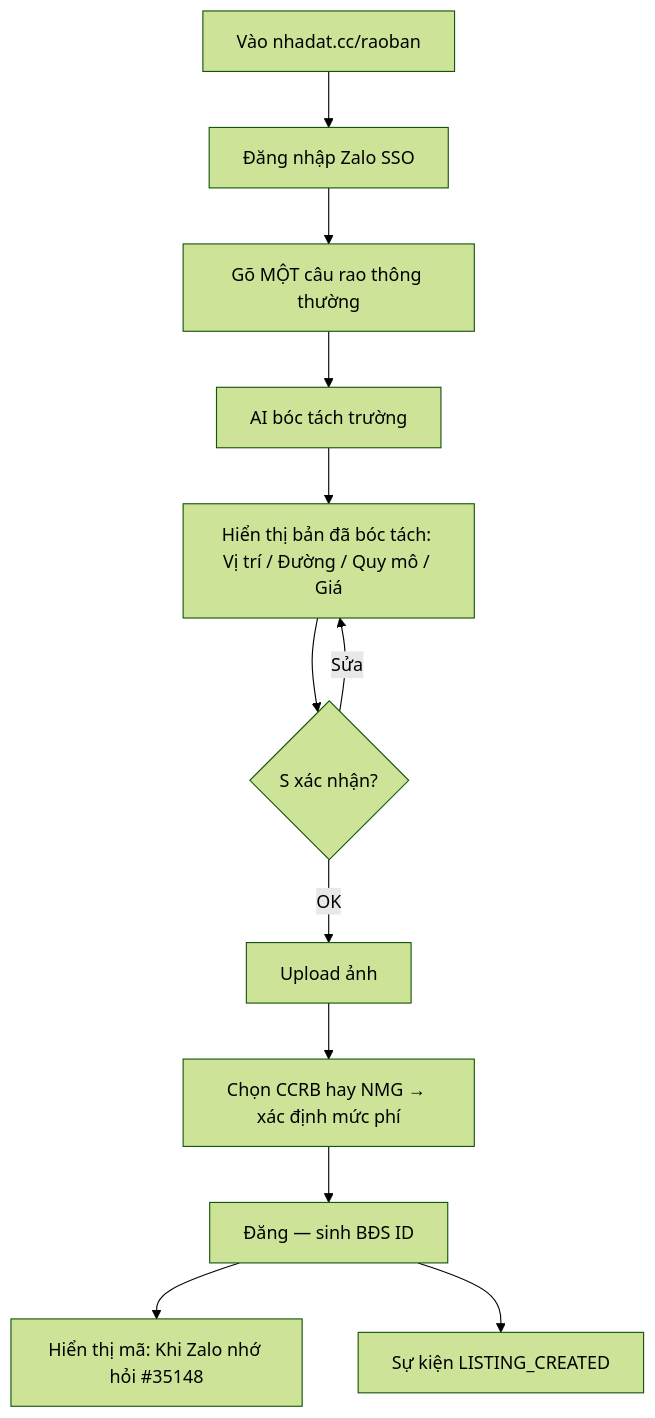
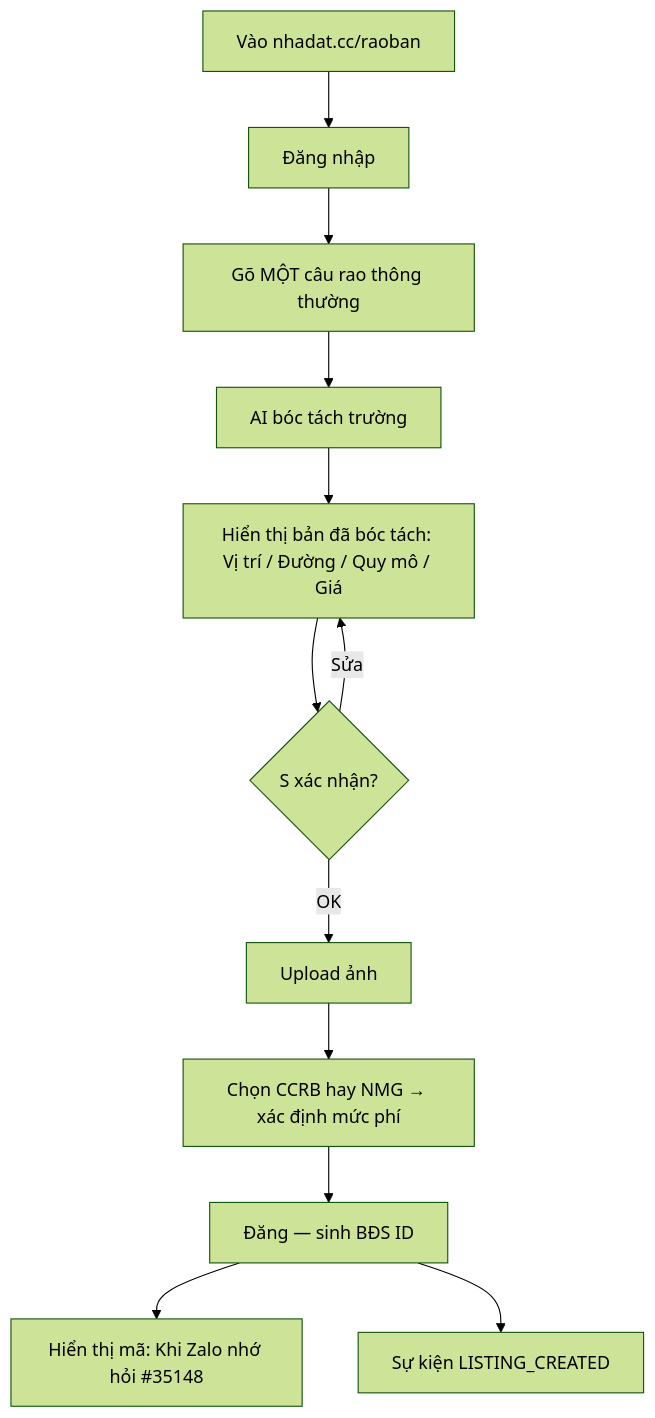
Before and after one commit to quang507/Nhadat.cc: the sixth of 7 diagrams in docs/03-user-flows.md, drawn with Mermaid (forest theme). The commit also changed other lines of this file and 84 other files, not shown here.

````diff
--- a/docs/03-user-flows.md
+++ b/docs/03-user-flows.md
@@ -235,14 +218,14 @@
 ```mermaid
 flowchart TD
-    A["Vào nhadat.cc/raoban"] --> B[Đăng nhập Zalo SSO]
+    A["Vào nhadat.cc/raoban"] --> B[Đăng nhập]
     B --> C["Gõ MỘT câu rao thông thường"]
     C --> D[AI bóc tách trường]
     D --> E["Hiển thị bản đã bóc tách: Vị trí / Đường / Quy mô / Giá"]
     E --> F{S xác nhận?}
     F -->|Sửa| E
     F -->|OK| G[Upload ảnh]
     G --> H[Chọn CCRB hay NMG → xác định mức phí]
     H --> I[Đăng — sinh BĐS ID]
     I --> J["Hiển thị mã: Khi Zalo nhớ hỏi #35148"]
     I --> K[Sự kiện LISTING_CREATED]
 ```
````
